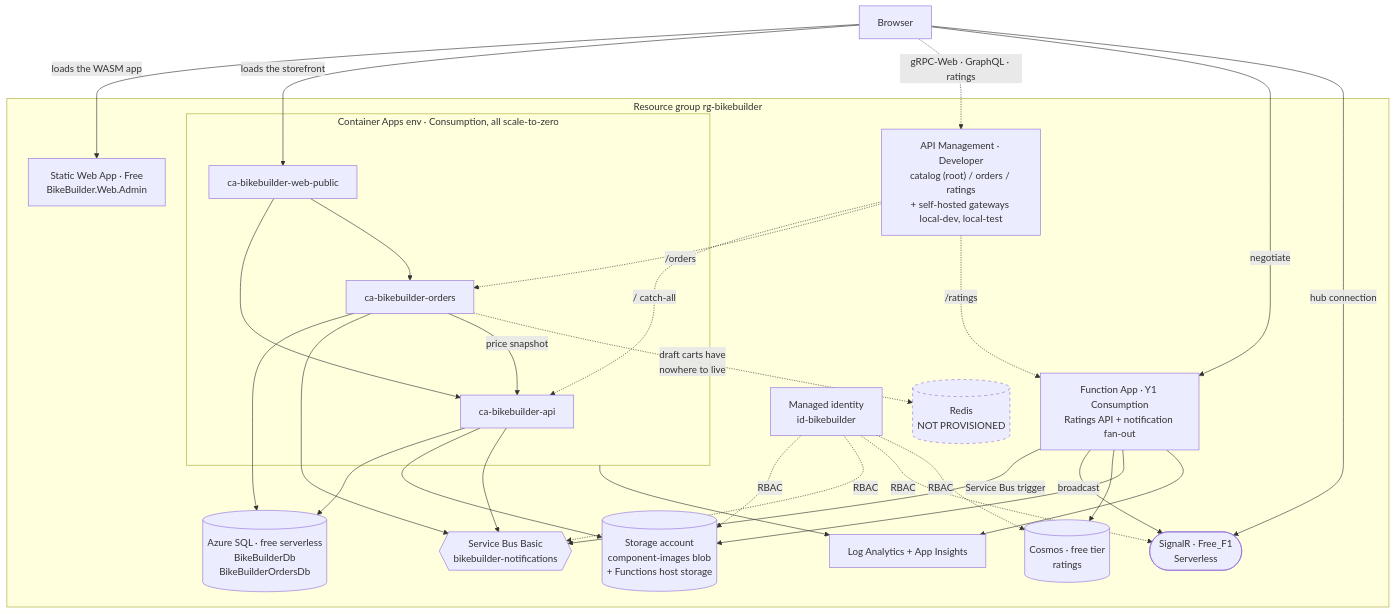
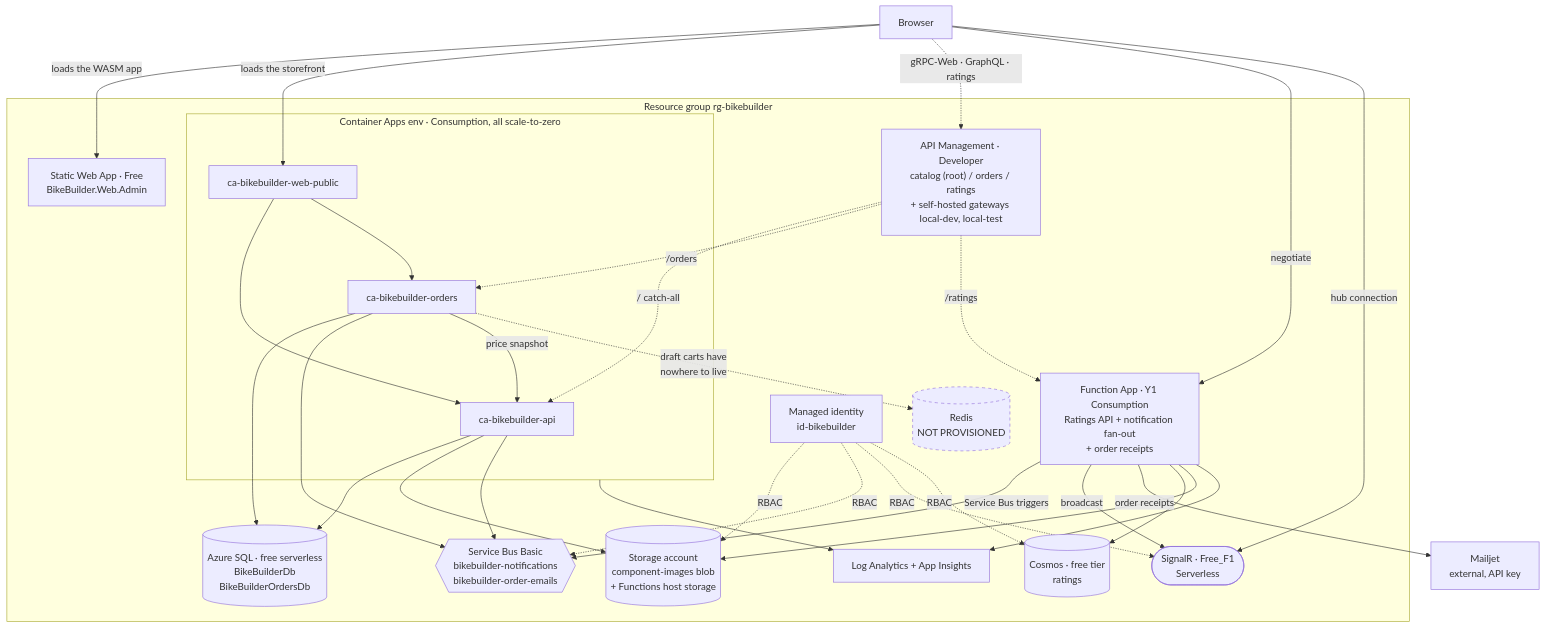
Before and after one commit to nickshepherd1983/BikeBuilderAspire: the diagram in infra/README.md, drawn with Mermaid. The commit also changed other lines of this file and 32 other files, not shown here.

First line of the commit message:
Send order-confirmation emails via Service Bus, smtp4dev locally and Mailjet deployed

````diff
--- a/infra/README.md
+++ b/infra/README.md
@@ -10,60 +10,63 @@
 ```mermaid
 flowchart TB
     browser["Browser"]
 
     subgraph rg["Resource group rg-bikebuilder"]
         swa["Static Web App · Free<br/>BikeBuilder.Web.Admin"]
         apim["API Management · Developer<br/>catalog (root) / orders / ratings<br/>+ self-hosted gateways local-dev, local-test"]
 
         subgraph cae["Container Apps env · Consumption, all scale-to-zero"]
             caapi["ca-bikebuilder-api"]
             caorders["ca-bikebuilder-orders"]
             cawp["ca-bikebuilder-web-public"]
         end
 
-        func["Function App · Y1 Consumption<br/>Ratings API + notification fan-out"]
+        func["Function App · Y1 Consumption<br/>Ratings API + notification fan-out<br/>+ order receipts"]
 
         sql[("Azure SQL · free serverless<br/>BikeBuilderDb<br/>BikeBuilderOrdersDb")]
         cosmos[("Cosmos · free tier<br/>ratings")]
         st[("Storage account<br/>component-images blob<br/>+ Functions host storage")]
-        bus{{"Service Bus Basic<br/>bikebuilder-notifications"}}
+        bus{{"Service Bus Basic<br/>bikebuilder-notifications<br/>bikebuilder-order-emails"}}
         sigr(["SignalR · Free_F1<br/>Serverless"])
         redis[("Redis<br/>NOT PROVISIONED")]
 
         obs["Log Analytics + App Insights"]
         mi["Managed identity<br/>id-bikebuilder"]
     end
+
+    mailjet["Mailjet<br/>external, API key"]
 
     browser -->|loads the WASM app| swa
     browser -->|loads the storefront| cawp
     browser -.->|gRPC-Web · GraphQL · ratings| apim
     apim -.->|/ catch-all| caapi
     apim -.->|/orders| caorders
     apim -.->|/ratings| func
     browser -->|negotiate| func
     browser -->|hub connection| sigr
 
     caapi --> sql
     caapi --> st
     caapi --> bus
     caorders --> sql
     caorders --> bus
     caorders -->|price snapshot| caapi
     caorders -.->|draft carts have<br/>nowhere to live| redis
     cawp --> caapi
     cawp --> caorders
 
-    func -->|Service Bus trigger| bus
+    func -->|Service Bus triggers| bus
     func -->|broadcast| sigr
+    func -->|order receipts| mailjet
     func --> cosmos
     func --> st
 
     mi -.->|RBAC| st
     mi -.->|RBAC| bus
     mi -.->|RBAC| sigr
     mi -.->|RBAC| cosmos
     cae --> obs
     func --> obs
 
     style redis stroke-dasharray: 5 5
 ```
````
